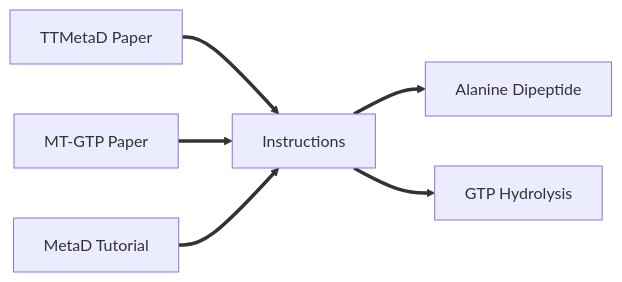
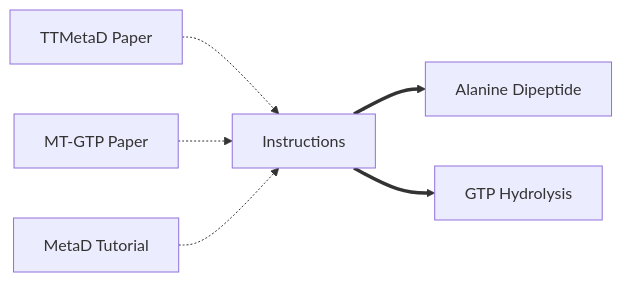
One commit to uchicago-voth/masterclass-24-09-ttmetad changed the diagram in NAVIGATION.md. Above: the diagram before and after it, drawn with Mermaid. The commit also changed other lines of this file and 4 other files, not shown here.

````diff
--- a/NAVIGATION.md
+++ b/NAVIGATION.md
@@ -1,14 +5,14 @@
 ```mermaid
 flowchart LR
-A[TTMetaD Paper] ==> D[Instructions]
-B[MT-GTP Paper] ==> D[Instructions]
-C[MetaD Tutorial] ==> D[Instructions]
+A[TTMetaD Paper] -.-> D[Instructions]
+B[MT-GTP Paper] -.-> D[Instructions]
+C[MetaD Tutorial] -.-> D[Instructions]
 D[Instructions] ==> E[Alanine Dipeptide]
 D[Instructions] ==> F[GTP Hydrolysis]
 click A "ref1" "You should read this paper before completing this exercise"
 click B "ref2" "You are recommended to read this paper but not required"
 click C "ref3" "A previous tutorial that introduces the basics of MetaD"
-click D "README.md" "Instructions for the exercise that you are supposed to complete"
-click E "alad_plumed.dat" "The complete input file for the Alanine Dipeptide example"
-click F "mt_gtp_plumed.dat" "The complete input file for the GTP hydrolysis in microtubules example"
+click D "INSTRUCTIONS.md" "Instructions for the exercise that you are supposed to complete"
+click E "alad/alad_plumed.dat" "The complete input file for the Alanine Dipeptide example"
+click F "mt_gtp/mt_gtp_plumed.dat" "The complete input file for the GTP hydrolysis in microtubules example"
 ```
````
